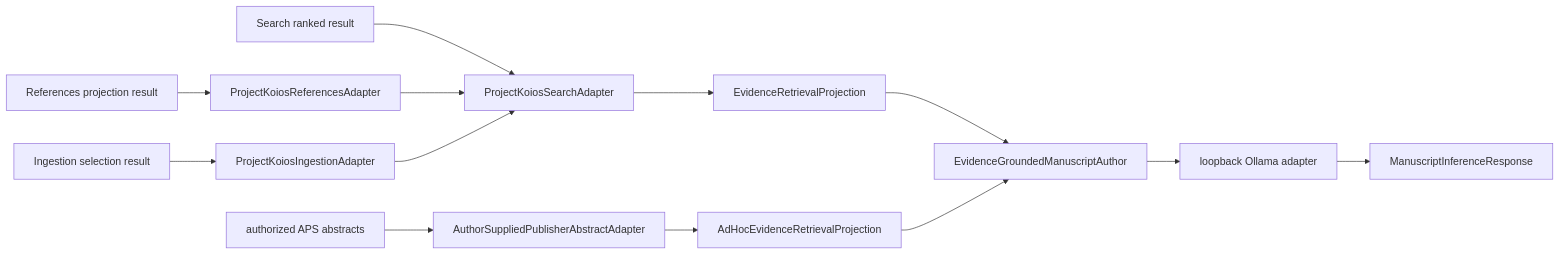
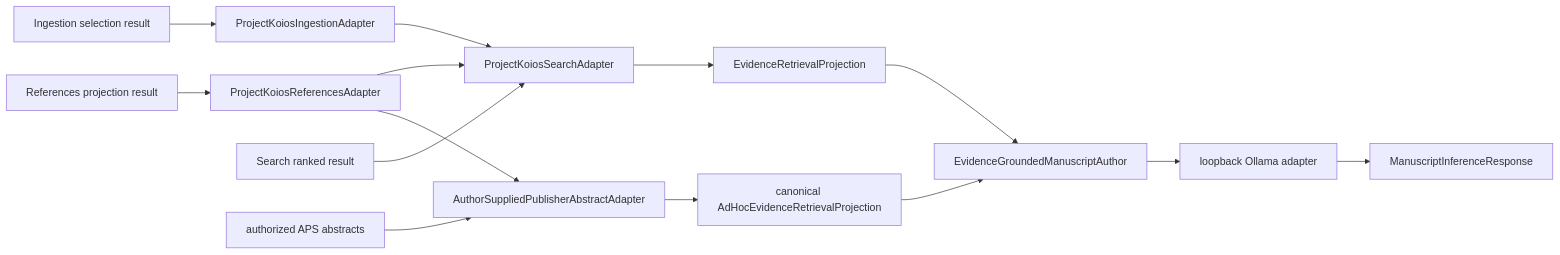
One commit to eragasa/ksdft2effmass changed the diagram in docs/architecture/ksdft2effmass/publications/authoring/adapters/schematic.md. Above: the diagram before and after it, drawn with Mermaid. The commit also changed 33 other files, not shown here.

````diff
--- a/docs/architecture/ksdft2effmass/publications/authoring/adapters/schematic.md
+++ b/docs/architecture/ksdft2effmass/publications/authoring/adapters/schematic.md
@@ -3,15 +3,16 @@
 ```mermaid
 flowchart LR
     References["References projection result"] --> RefAdapter["ProjectKoiosReferencesAdapter"]
     Ingestion["Ingestion selection result"] --> IngAdapter["ProjectKoiosIngestionAdapter"]
     Search["Search ranked result"] --> SearchAdapter["ProjectKoiosSearchAdapter"]
     RefAdapter --> SearchAdapter
     IngAdapter --> SearchAdapter
     SearchAdapter --> Local["EvidenceRetrievalProjection"]
     Abstracts["authorized APS abstracts"] --> AdHoc["AuthorSuppliedPublisherAbstractAdapter"]
-    AdHoc --> AdHocProjection["AdHocEvidenceRetrievalProjection"]
+    RefAdapter --> AdHoc
+    AdHoc --> AdHocProjection["canonical AdHocEvidenceRetrievalProjection"]
     Local --> Author["EvidenceGroundedManuscriptAuthor"]
     AdHocProjection --> Author
     Author --> Ollama["loopback Ollama adapter"]
     Ollama --> Response["ManuscriptInferenceResponse"]
 ```
````
